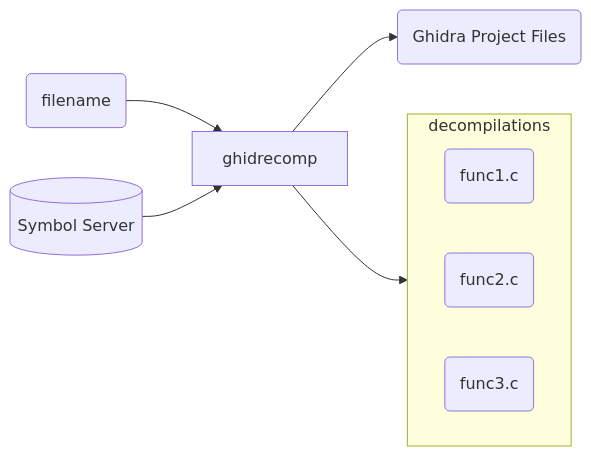
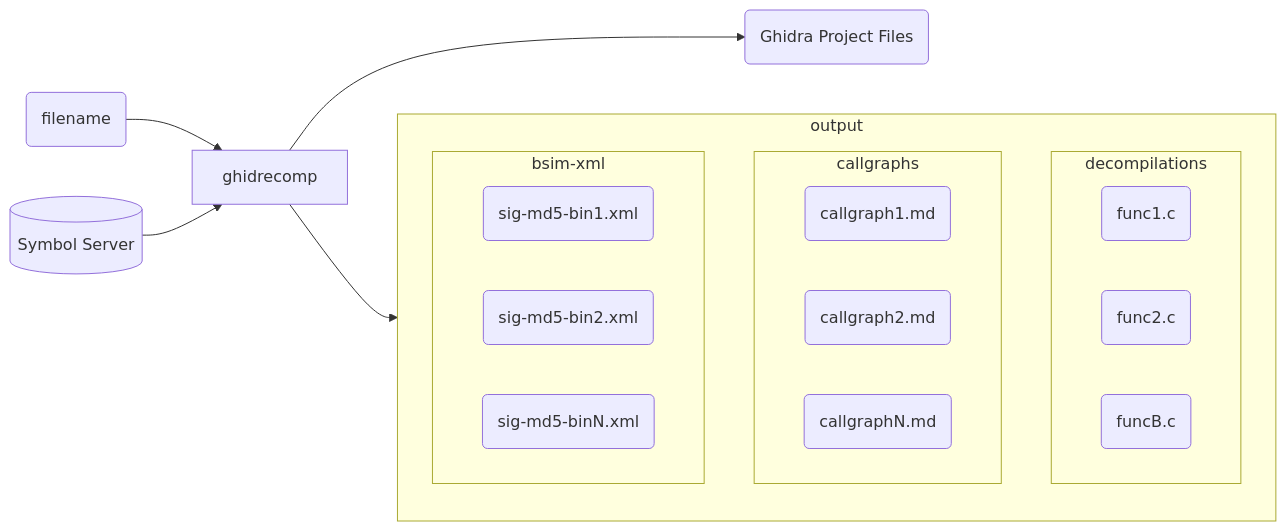
The first of 4 diagrams in README.md (clearbluejar/ghidrecomp), drawn with Mermaid before and after one commit. The commit also changed other lines of this file and 9 other files, not shown here.

````diff
--- a/README.md
+++ b/README.md
@@ -13,17 +13,35 @@
 ```mermaid
 flowchart LR
 
 a(filename ) --> b[ghidrecomp]
 a2[(Symbol Server)] --> b
 
 b --> e(Ghidra Project Files)
-b --> decompilations 
+b --> output
 
-subgraph decompilations
-    direction LR
-    i(func1.c)
-    h(func2.c)
-    f(func3.c)
+subgraph output
+
+  subgraph decompilations
+      direction LR
+      i(func1.c)
+      h(func2.c)
+      f(funcB.c)
+  end
+
+  subgraph callgraphs
+      direction LR
+      j(callgraph1.md)
+      k(callgraph2.md)
+      l(callgraphN.md)
+  end
+
+  subgraph bsim-xml
+      direction LR
+      n(sig-md5-bin1.xml)
+      m(sig-md5-bin2.xml)
+      o(sig-md5-binN.xml)
+  end
+
 end
 
 ```
````
